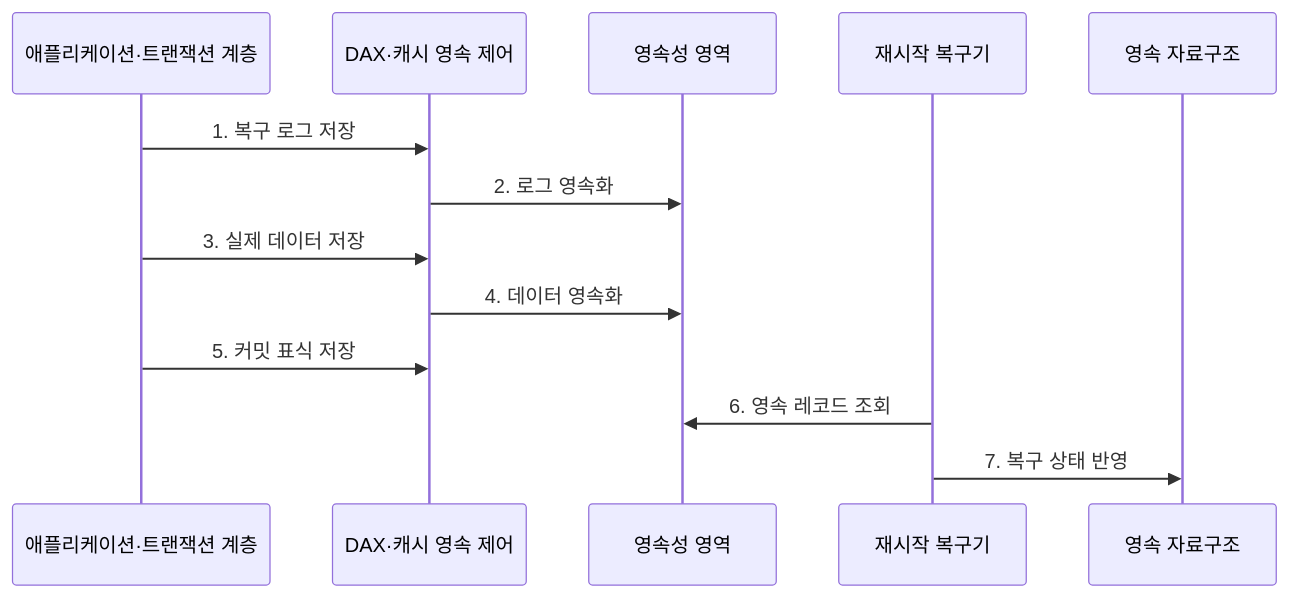
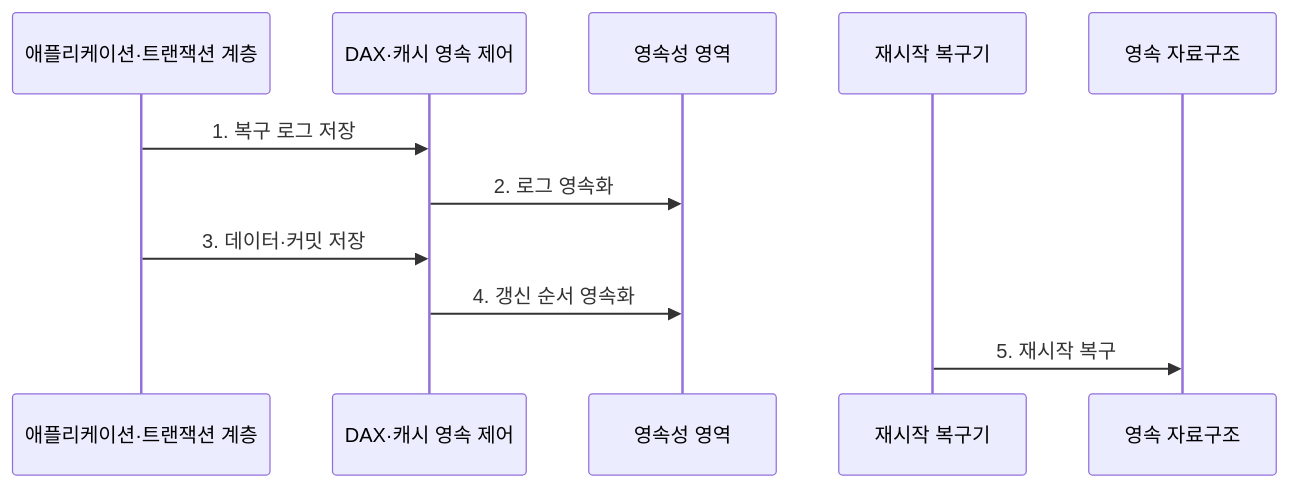
Before and after one commit to agnusdei1207/knowledge-base: the second of 2 diagrams in src/content/docs/notes/02-hardware/082_persistent_memory.md, drawn with Mermaid. The commit also changed other lines of this file and 86 other files, not shown here.

````diff
--- a/src/content/docs/notes/02-hardware/082_persistent_memory.md
+++ b/src/content/docs/notes/02-hardware/082_persistent_memory.md
@@ -88,16 +90,14 @@
 ```mermaid
 sequenceDiagram
     participant A as 애플리케이션·트랜잭션 계층
     participant C as DAX·캐시 영속 제어
     participant P as 영속성 영역
     participant R as 재시작 복구기
     participant S as 영속 자료구조
 
     A->>C: 1. 복구 로그 저장
     C->>P: 2. 로그 영속화
-    A->>C: 3. 실제 데이터 저장
-    C->>P: 4. 데이터 영속화
-    A->>C: 5. 커밋 표식 저장
-    R->>P: 6. 영속 레코드 조회
-    R->>S: 7. 복구 상태 반영
+    A->>C: 3. 데이터·커밋 저장
+    C->>P: 4. 갱신 순서 영속화
+    R->>S: 5. 재시작 복구
 ```
````
